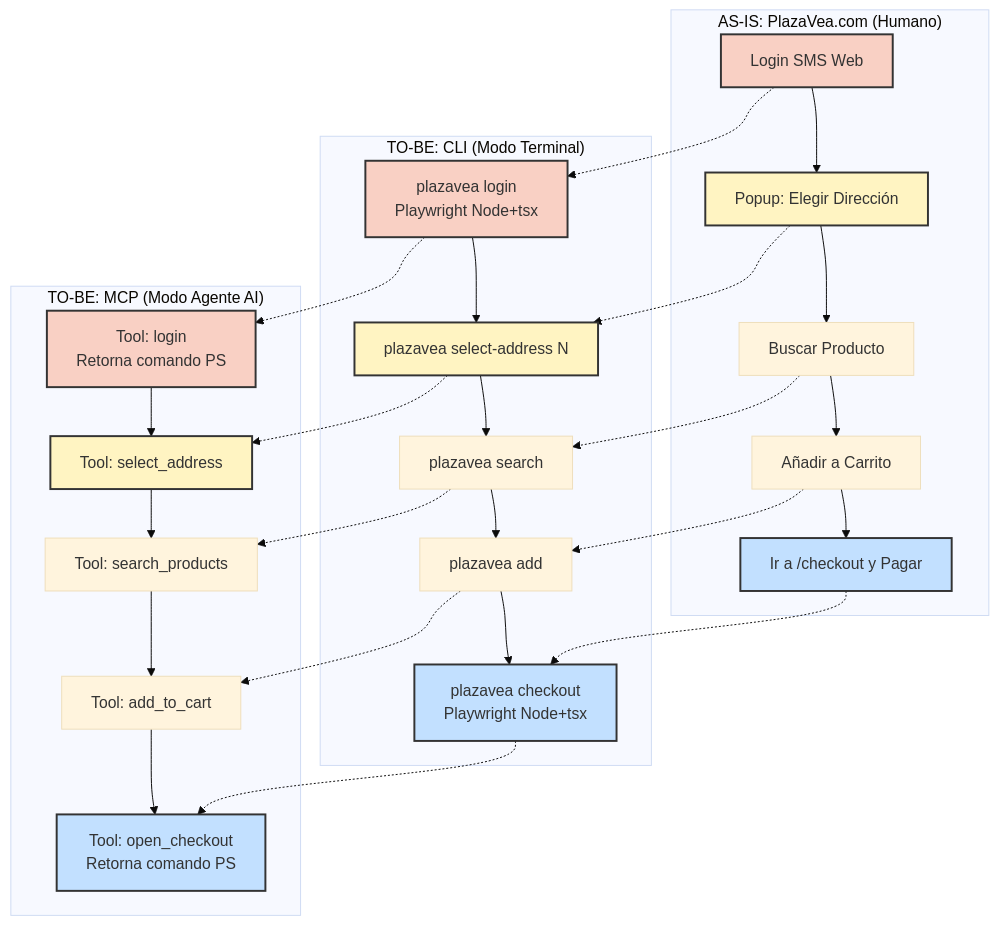
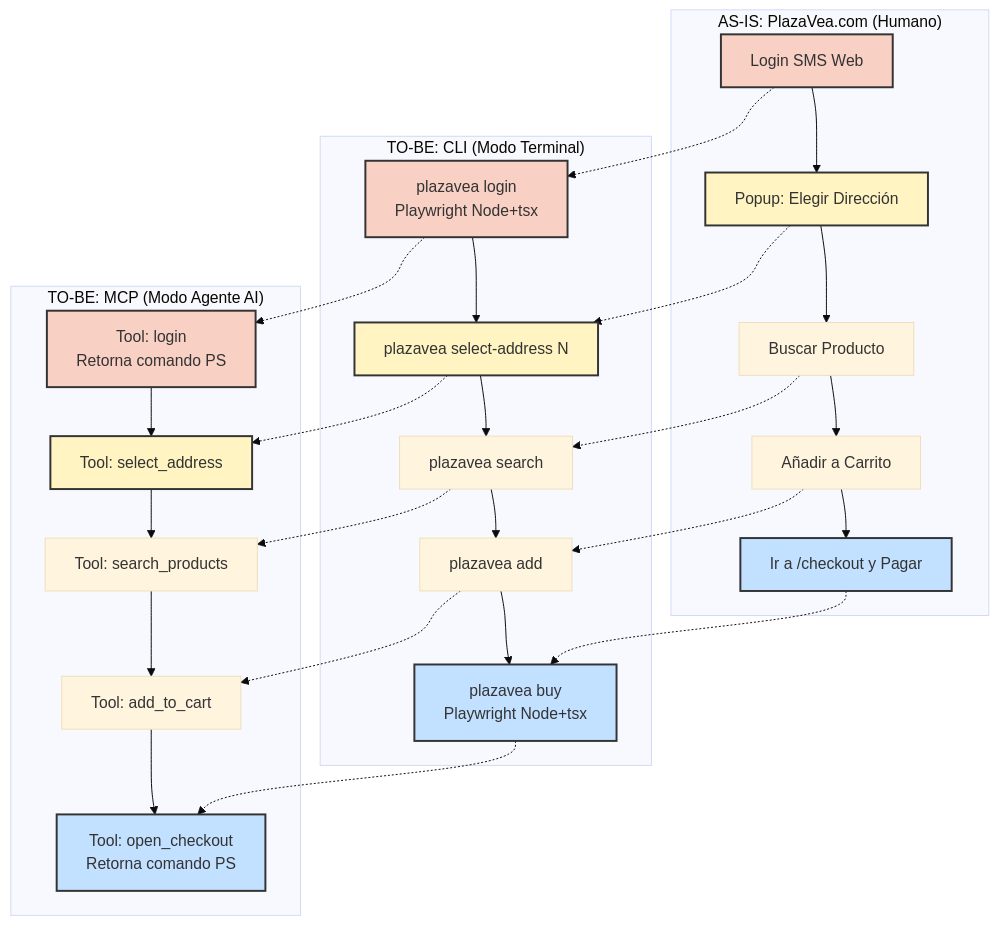
One commit to StephCastrof001/cli_plazavea1 changed the diagram in CLAUDE.md. Above: the diagram before and after it, drawn with Mermaid (base theme). The commit also changed other lines of this file and 1 other file, not shown here.

````diff
--- a/CLAUDE.md
+++ b/CLAUDE.md
@@ -93,36 +93,36 @@
 ```mermaid
 graph TD
     subgraph AS_IS ["AS-IS: PlazaVea.com (Humano)"]
         W1[Login SMS Web] --> W2[Popup: Elegir Dirección]
         W2 --> W3[Buscar Producto]
         W3 --> W4[Añadir a Carrito]
         W4 --> W5[Ir a /checkout y Pagar]
     end
 
     subgraph TO_BE_CLI ["TO-BE: CLI (Modo Terminal)"]
         C1[plazavea login\nPlaywright Node+tsx] --> C2[plazavea select-address N]
         C2 --> C3[plazavea search]
         C3 --> C4[plazavea add]
-        C4 --> C5[plazavea checkout\nPlaywright Node+tsx]
+        C4 --> C5[plazavea buy\nPlaywright Node+tsx]
     end
 
     subgraph TO_BE_MCP ["TO-BE: MCP (Modo Agente AI)"]
         M1[Tool: login\nRetorna comando PS] --> M2[Tool: select_address]
         M2 --> M3[Tool: search_products]
         M3 --> M4[Tool: add_to_cart]
         M4 --> M5[Tool: open_checkout\nRetorna comando PS]
     end
 
     W1 -.-> C1 -.-> M1
     W2 -.-> C2 -.-> M2
     W3 -.-> C3 -.-> M3
     W4 -.-> C4 -.-> M4
     W5 -.-> C5 -.-> M5
 
     classDef auth fill:#f9d0c4,stroke:#333,stroke-width:2px;
     classDef fulfillment fill:#fff4c2,stroke:#333,stroke-width:2px;
     classDef handoff fill:#c2e0ff,stroke:#333,stroke-width:2px;
     class W1,C1,M1 auth;
     class W2,C2,M2 fulfillment;
     class W5,C5,M5 handoff;
 ```
````
